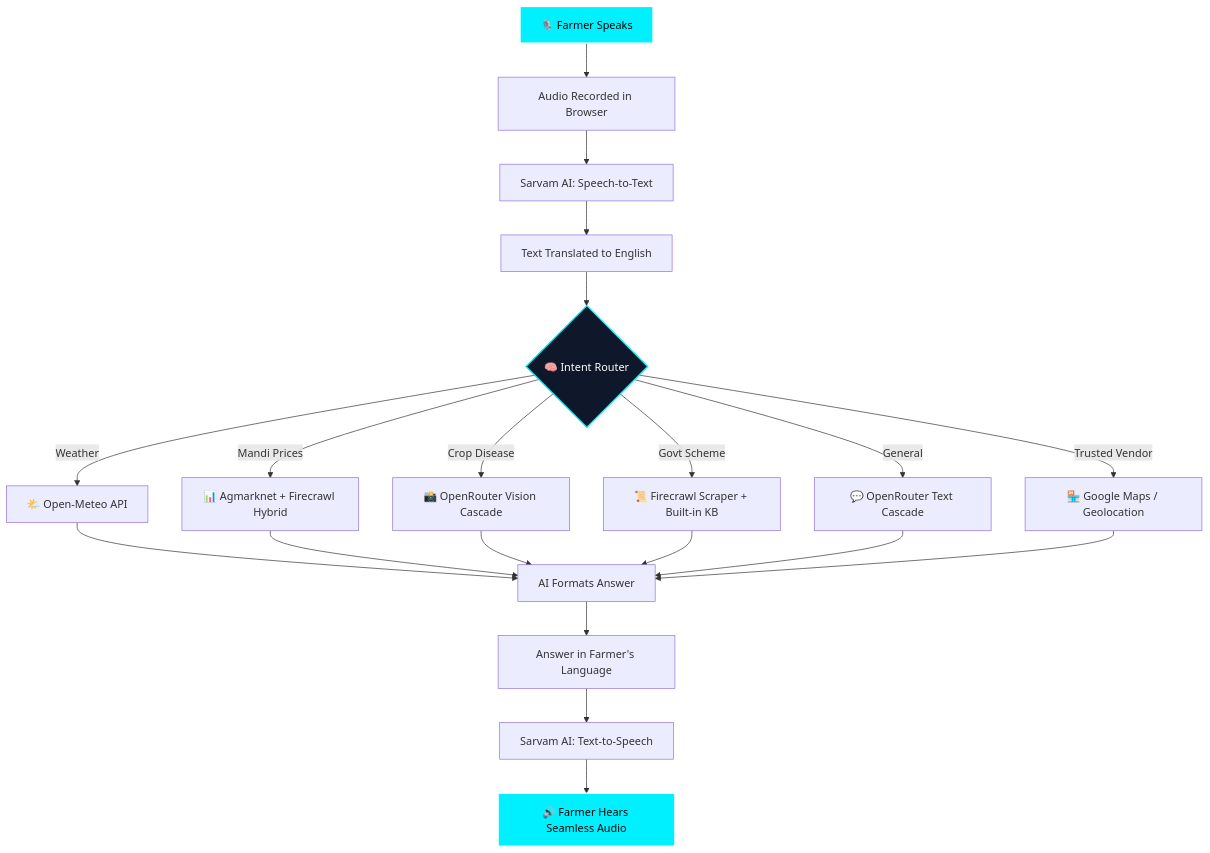
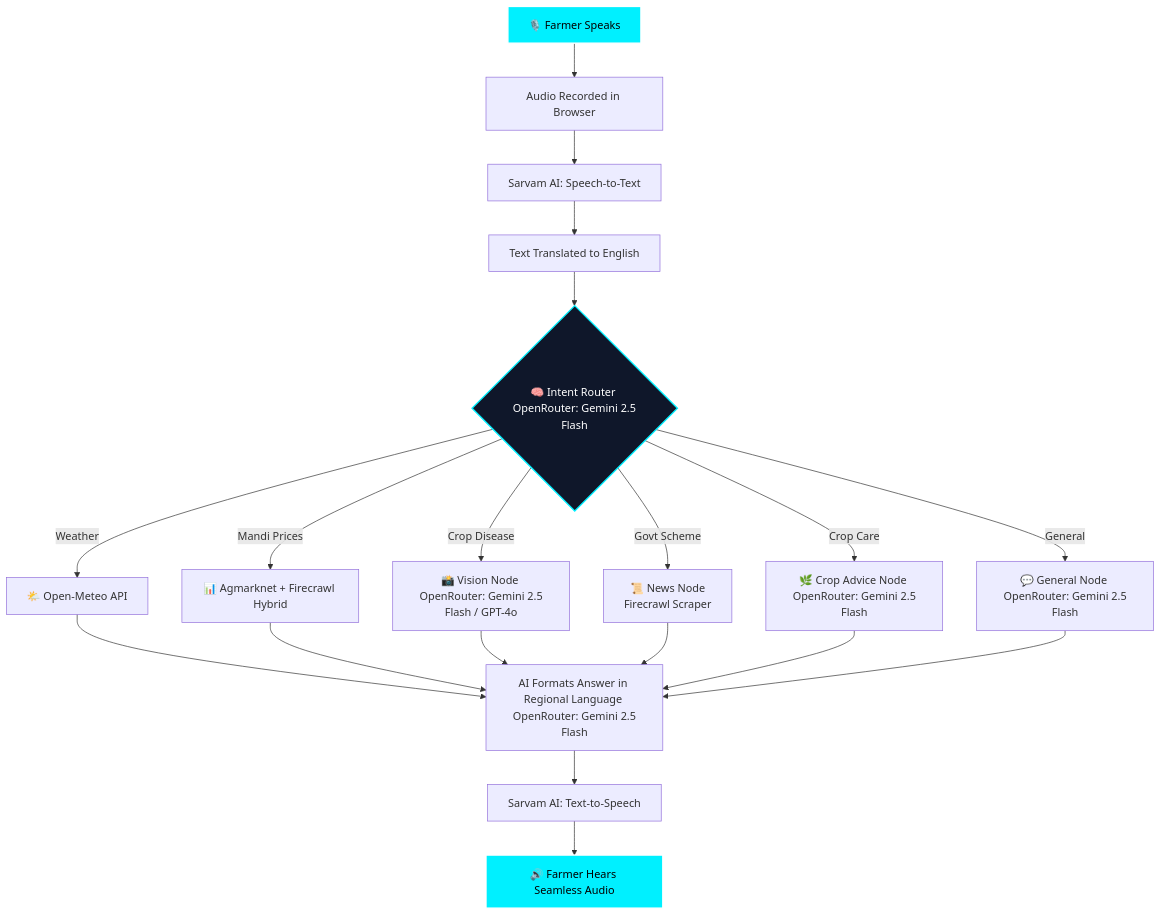
One commit to Satyam2006chh/KisaanVaani--AI changed the first of 6 diagrams in README.md. Above: the diagram before and after it, drawn with Mermaid. The commit also changed other lines of this file and 4 other files, not shown here.

Commit message:
docs(README): Update detailed AI architecture and remove obsolete Trusted Vendor logic

````diff
--- a/README.md
+++ b/README.md
@@ -77,29 +77,28 @@
 ```mermaid
 graph TD
     A[🎙️ Farmer Speaks] --> B[Audio Recorded in Browser]
     B --> C[Sarvam AI: Speech-to-Text]
     C --> D[Text Translated to English]
-    D --> E{🧠 Intent Router}
+    D --> E{🧠 Intent Router <br> OpenRouter: Gemini 2.5 Flash}
     
     E -->|Weather| F[🌤️ Open-Meteo API]
     E -->|Mandi Prices| G[📊 Agmarknet + Firecrawl Hybrid]
-    E -->|Crop Disease| H[📸 OpenRouter Vision Cascade]
-    E -->|Govt Scheme| I[📜 Firecrawl Scraper + Built-in KB]
-    E -->|Trusted Vendor| O[🏪 Google Maps / Geolocation]
-    E -->|General| J[💬 OpenRouter Text Cascade]
+    E -->|Crop Disease| H[📸 Vision Node <br> OpenRouter: Gemini 2.5 Flash / GPT-4o]
+    E -->|Govt Scheme| I[📜 News Node <br> Firecrawl Scraper]
+    E -->|Crop Care| P[🌿 Crop Advice Node <br> OpenRouter: Gemini 2.5 Flash]
+    E -->|General| J[💬 General Node <br> OpenRouter: Gemini 2.5 Flash]
     
-    F --> K[AI Formats Answer]
+    F --> K[AI Formats Answer in Regional Language <br> OpenRouter: Gemini 2.5 Flash]
     G --> K
     H --> K
     I --> K
+    P --> K
     J --> K
-    O --> K
     
-    K --> L[Answer in Farmer's Language]
-    L --> M[Sarvam AI: Text-to-Speech]
+    K --> M[Sarvam AI: Text-to-Speech]
     M --> N[🔊 Farmer Hears Seamless Audio]
     
     style A fill:#00f0ff,color:#000,stroke:#fff,stroke-width:2px
     style N fill:#00f0ff,color:#000,stroke:#fff,stroke-width:2px
     style E fill:#0f172a,stroke:#00f0ff,stroke-width:2px,color:#fff
 ```
````
